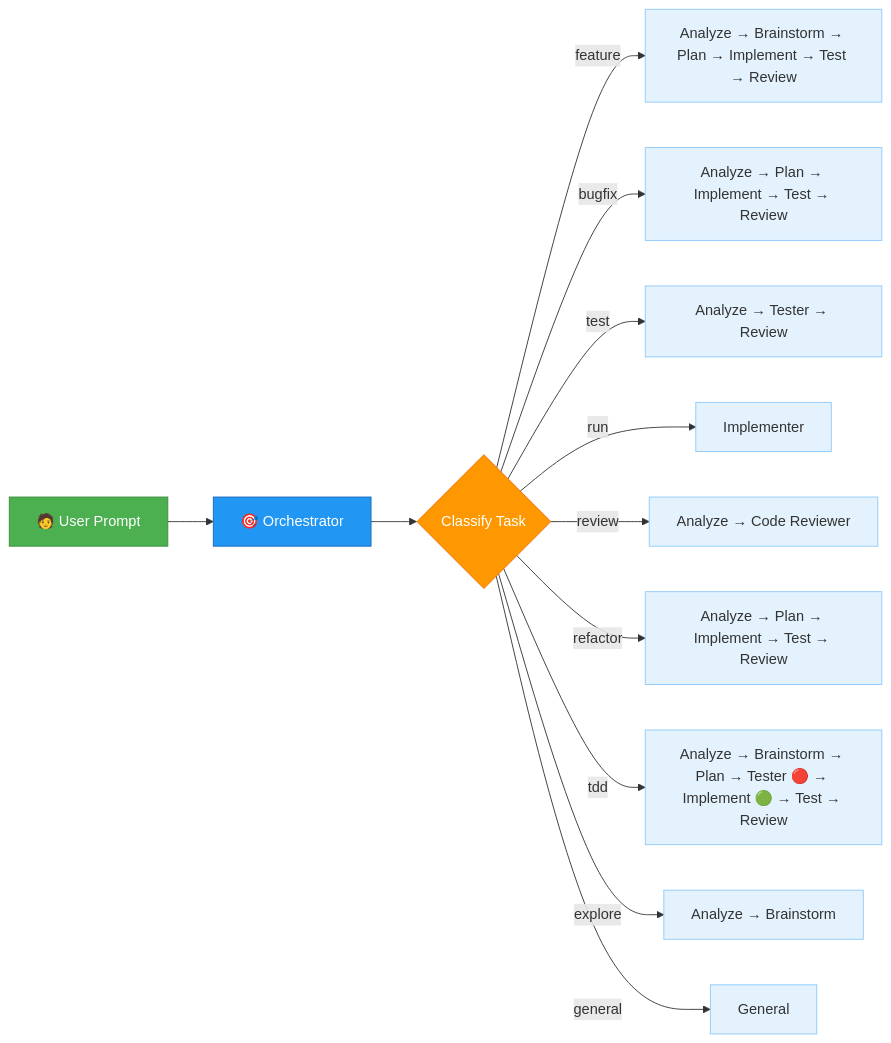
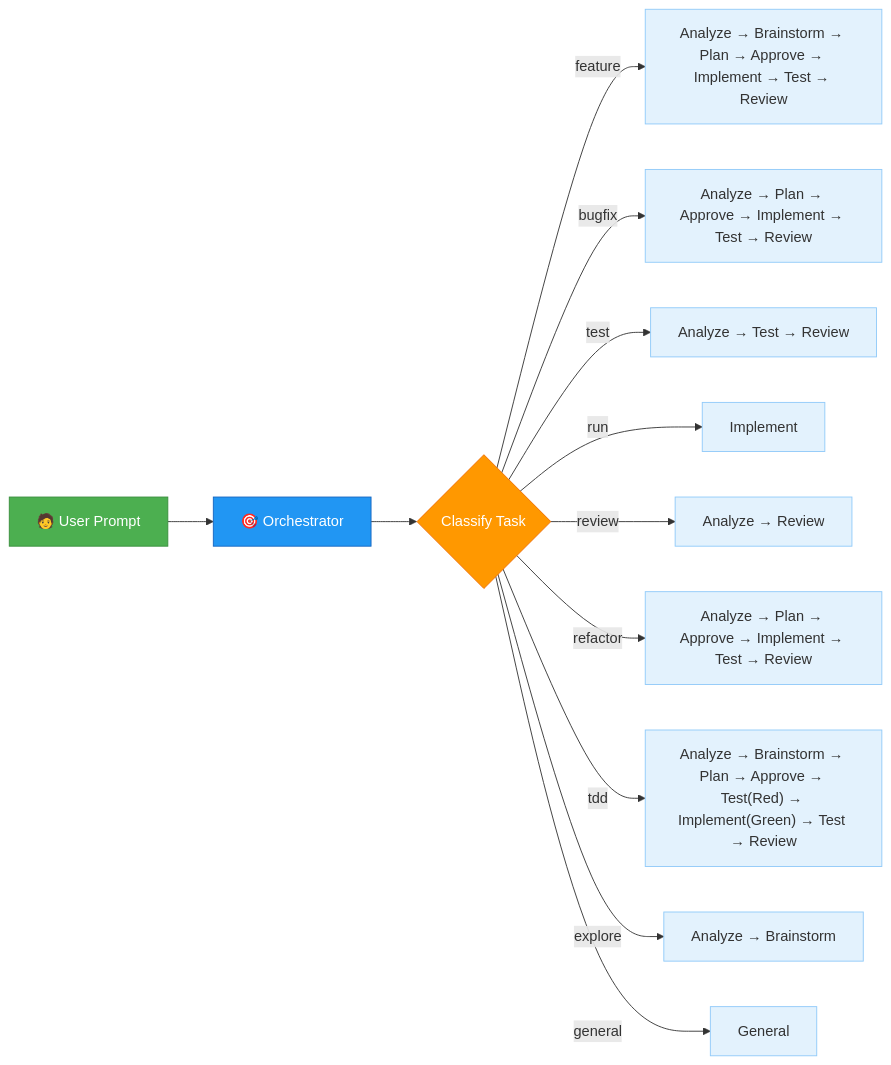
The first of 2 diagrams in README.md (pft-IvanLim/copilot-agent), drawn with Mermaid before and after one commit. The commit also changed other lines of this file and 1 other file, not shown here.

````diff
--- a/README.md
+++ b/README.md
@@ -49,28 +49,28 @@
 ```mermaid
 flowchart LR
     A["🧑 User Prompt"] --> B["🎯 Orchestrator"]
     B --> C{"Classify Task"}
 
-    C -- "feature" --> F1["Analyze → Brainstorm → Plan → Implement → Test → Review"]
-    C -- "bugfix" --> F2["Analyze → Plan → Implement → Test → Review"]
-    C -- "test" --> F3["Analyze → Tester → Review"]
-    C -- "run" --> F4["Implementer"]
-    C -- "review" --> F5["Analyze → Code Reviewer"]
-    C -- "refactor" --> F6["Analyze → Plan → Implement → Test → Review"]
-    C -- "tdd" --> F7["Analyze → Brainstorm → Plan → Tester 🔴 → Implement 🟢 → Test → Review"]
+    C -- "feature" --> F1["Analyze → Brainstorm → Plan → Approve → Implement → Test → Review"]
+    C -- "bugfix" --> F2["Analyze → Plan → Approve → Implement → Test → Review"]
+    C -- "test" --> F3["Analyze → Test → Review"]
+    C -- "run" --> F4["Implement"]
+    C -- "review" --> F5["Analyze → Review"]
+    C -- "refactor" --> F6["Analyze → Plan → Approve → Implement → Test → Review"]
+    C -- "tdd" --> F7["Analyze → Brainstorm → Plan → Approve → Test(Red) → Implement(Green) → Test → Review"]
     C -- "explore" --> F8["Analyze → Brainstorm"]
     C -- "general" --> F9["General"]
 
     style A fill:#4CAF50,stroke:#388E3C,color:#fff
     style B fill:#2196F3,stroke:#1565C0,color:#fff
     style C fill:#FF9800,stroke:#EF6C00,color:#fff
     style F1 fill:#E3F2FD,stroke:#90CAF9
     style F2 fill:#E3F2FD,stroke:#90CAF9
     style F3 fill:#E3F2FD,stroke:#90CAF9
     style F4 fill:#E3F2FD,stroke:#90CAF9
     style F5 fill:#E3F2FD,stroke:#90CAF9
     style F6 fill:#E3F2FD,stroke:#90CAF9
     style F7 fill:#E3F2FD,stroke:#90CAF9
     style F8 fill:#E3F2FD,stroke:#90CAF9
     style F9 fill:#E3F2FD,stroke:#90CAF9
 ```
````
